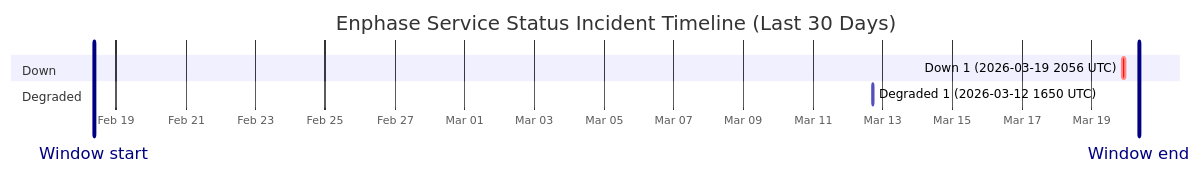
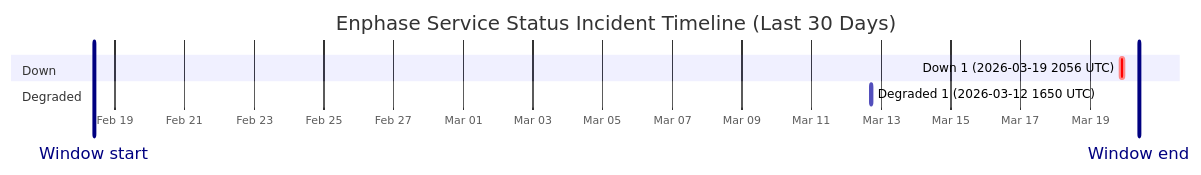
Before and after one commit to barneyonline/ha-enphase-ev-charger: the diagram in wiki/Service-Status-History.md, drawn with Mermaid. The commit also changed other lines of this file and 3 other files, not shown here.

````diff
--- a/wiki/Service-Status-History.md
+++ b/wiki/Service-Status-History.md
@@ -14,12 +14,12 @@
 ```mermaid
 gantt
     title Enphase Service Status Incident Timeline (Last 30 Days)
     dateFormat  YYYY-MM-DDTHH:mm:ss
     axisFormat  %b %d
-    Window start :vert, window-start, 2026-02-18T08:30:45, 0ms
-    Window end :vert, window-end, 2026-03-20T08:30:45, 0ms
+    Window start :vert, window-start, 2026-02-18T09:31:51, 0ms
+    Window end :vert, window-end, 2026-03-20T09:31:51, 0ms
     section Down
     Down 1 (2026-03-19 2056 UTC) :crit, down-1, 2026-03-19T20:56:20, 145m
     section Degraded
     Degraded 1 (2026-03-12 1650 UTC) :active, degraded-1, 2026-03-12T16:50:43, 60m
 ```
````
